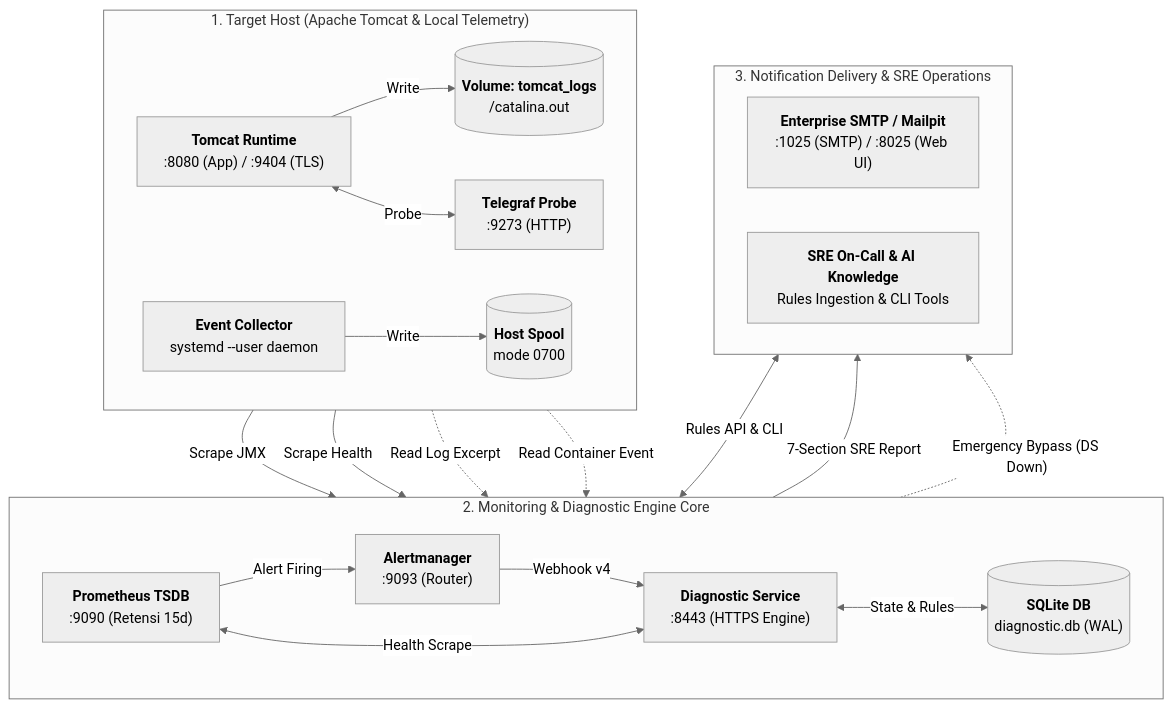
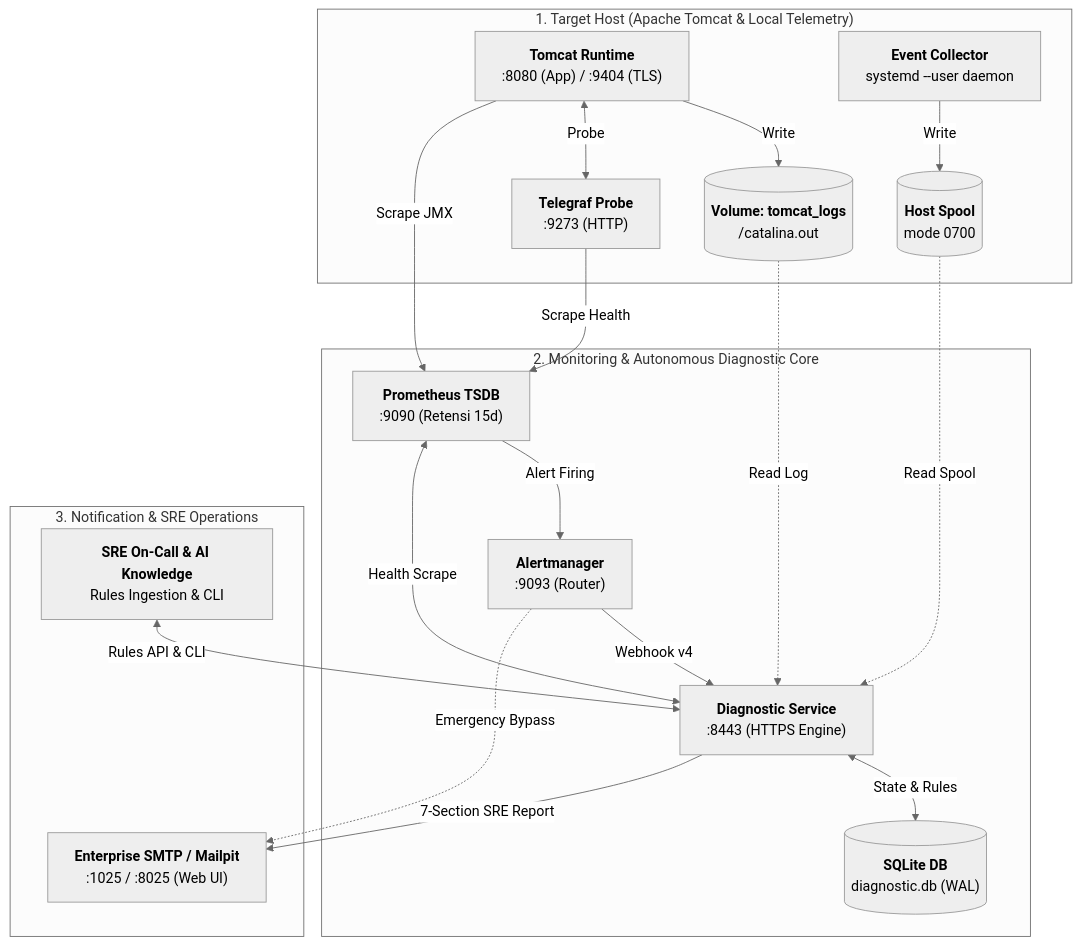
The diagram in README.md (edkas07-oss/tomcat-monitoring), drawn with Mermaid (neutral theme) before and after one commit.

Commit message:
docs: remove nested direction LR from Mermaid subgraphs to fix SVG aspect ratio

````diff
--- a/README.md
+++ b/README.md
@@ -25,44 +25,40 @@
 ```mermaid
 flowchart TD
     subgraph Host ["1. Target Host (Apache Tomcat & Local Telemetry)"]
-        direction LR
         TOMCAT["<b>Tomcat Runtime</b><br/>:8080 (App) / :9404 (TLS)"]
         TELEGRAF["<b>Telegraf Probe</b><br/>:9273 (HTTP)"]
         COLLECTOR["<b>Event Collector</b><br/>systemd --user daemon"]
         LOGS[("<b>Volume: tomcat_logs</b><br/>/catalina.out")]
         SPOOL[("<b>Host Spool</b><br/>mode 0700")]
-
-        TOMCAT -->|"Write"| LOGS
-        COLLECTOR -->|"Write"| SPOOL
-        TOMCAT <-->|"Probe"| TELEGRAF
     end
 
-    subgraph Core ["2. Monitoring & Diagnostic Engine Core"]
-        direction LR
+    subgraph Core ["2. Monitoring & Autonomous Diagnostic Core"]
         PROM["<b>Prometheus TSDB</b><br/>:9090 (Retensi 15d)"]
         AM["<b>Alertmanager</b><br/>:9093 (Router)"]
         DS["<b>Diagnostic Service</b><br/>:8443 (HTTPS Engine)"]
         SQLITE[("<b>SQLite DB</b><br/>diagnostic.db (WAL)")]
-
-        PROM -->|"Alert Firing"| AM
-        AM -->|"Webhook v4"| DS
-        PROM <-->|"Health Scrape"| DS
-        DS <-->|"State & Rules"| SQLITE
     end
 
-    subgraph Actions ["3. Notification Delivery & SRE Operations"]
-        direction LR
-        MAILPIT["<b>Enterprise SMTP / Mailpit</b><br/>:1025 (SMTP) / :8025 (Web UI)"]
-        SRE["<b>SRE On-Call & AI Knowledge</b><br/>Rules Ingestion & CLI Tools"]
+    subgraph Actions ["3. Notification & SRE Operations"]
+        MAILPIT["<b>Enterprise SMTP / Mailpit</b><br/>:1025 / :8025 (Web UI)"]
+        SRE["<b>SRE On-Call & AI Knowledge</b><br/>Rules Ingestion & CLI"]
     end
 
-    %% Downward Inter-Tier Connections
+    TOMCAT -->|"Write"| LOGS
+    COLLECTOR -->|"Write"| SPOOL
+    TOMCAT <-->|"Probe"| TELEGRAF
+
     TOMCAT -->|"Scrape JMX"| PROM
     TELEGRAF -->|"Scrape Health"| PROM
-    LOGS -.->|"Read Log Excerpt"| DS
-    SPOOL -.->|"Read Container Event"| DS
+    PROM -->|"Alert Firing"| AM
+
+    AM -->|"Webhook v4"| DS
+    PROM <-->|"Health Scrape"| DS
+    LOGS -.->|"Read Log"| DS
+    SPOOL -.->|"Read Spool"| DS
+    DS <-->|"State & Rules"| SQLITE
 
     DS -->|"7-Section SRE Report"| MAILPIT
-    AM -.->|"Emergency Bypass (DS Down)"| MAILPIT
+    AM -.->|"Emergency Bypass"| MAILPIT
     SRE <-->|"Rules API & CLI"| DS
 ```
````
